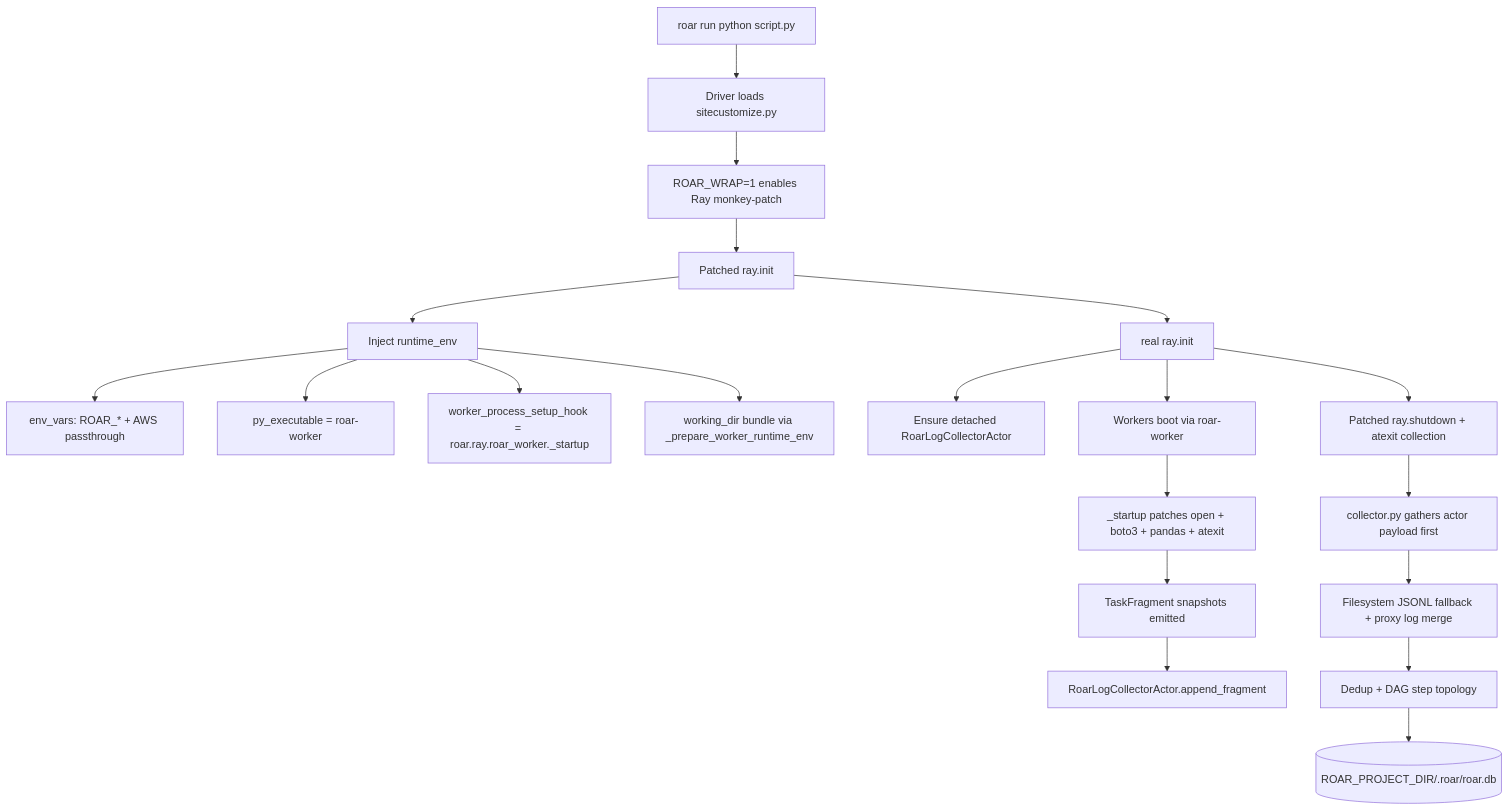
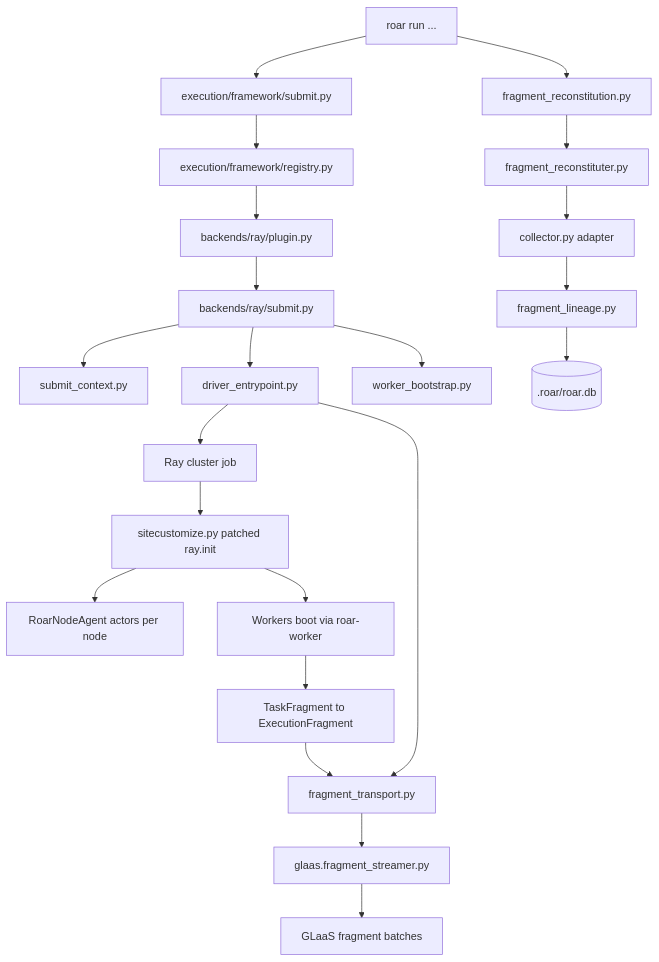
One commit to treqs/roar changed the first of 2 diagrams in docs/developer/ray-integration.md. Above: the diagram before and after it, drawn with Mermaid. The commit also changed other lines of this file and 83 other files, not shown here.

Commit message:
refactor: Generalized backend execution framework

````diff
--- a/docs/developer/ray-integration.md
+++ b/docs/developer/ray-integration.md
@@ -11,22 +23,24 @@
 ```mermaid
 flowchart TD
-    A[roar run python script.py] --> B[Driver loads sitecustomize.py]
-    B --> C[ROAR_WRAP=1 enables Ray monkey-patch]
-    C --> D[Patched ray.init]
-    D --> E[Inject runtime_env]
-    E --> E1[env_vars: ROAR_* + AWS passthrough]
-    E --> E2[py_executable = roar-worker]
-    E --> E3[worker_process_setup_hook = roar.ray.roar_worker._startup]
-    E --> E4[working_dir bundle via _prepare_worker_runtime_env]
-    D --> F[real ray.init]
-    F --> G[Ensure detached RoarLogCollectorActor]
-    F --> H[Workers boot via roar-worker]
-    H --> I[_startup patches open + boto3 + pandas + atexit]
-    I --> J[TaskFragment snapshots emitted]
-    J --> K[RoarLogCollectorActor.append_fragment]
-    F --> L[Patched ray.shutdown + atexit collection]
-    L --> M[collector.py gathers actor payload first]
-    M --> N[Filesystem JSONL fallback + proxy log merge]
-    N --> O[Dedup + DAG step topology]
-    O --> P[(ROAR_PROJECT_DIR/.roar/roar.db)]
+    A[roar run ...] --> B[execution/framework/submit.py]
+    B --> C[execution/framework/registry.py]
+    C --> D[backends/ray/plugin.py]
+    D --> E[backends/ray/submit.py]
+    E --> F[submit_context.py]
+    E --> G[driver_entrypoint.py]
+    E --> H[worker_bootstrap.py]
+    G --> I[Ray cluster job]
+    I --> J[sitecustomize.py patched ray.init]
+    J --> K[RoarNodeAgent actors per node]
+    J --> L[Workers boot via roar-worker]
+    L --> M[TaskFragment to ExecutionFragment]
+    M --> N[fragment_transport.py]
+    N --> O[glaas.fragment_streamer.py]
+    O --> P[GLaaS fragment batches]
+    A --> Q[fragment_reconstitution.py]
+    Q --> R[fragment_reconstituter.py]
+    R --> S[collector.py adapter]
+    S --> T[fragment_lineage.py]
+    T --> U[(.roar/roar.db)]
+    G --> N
 ```
````
